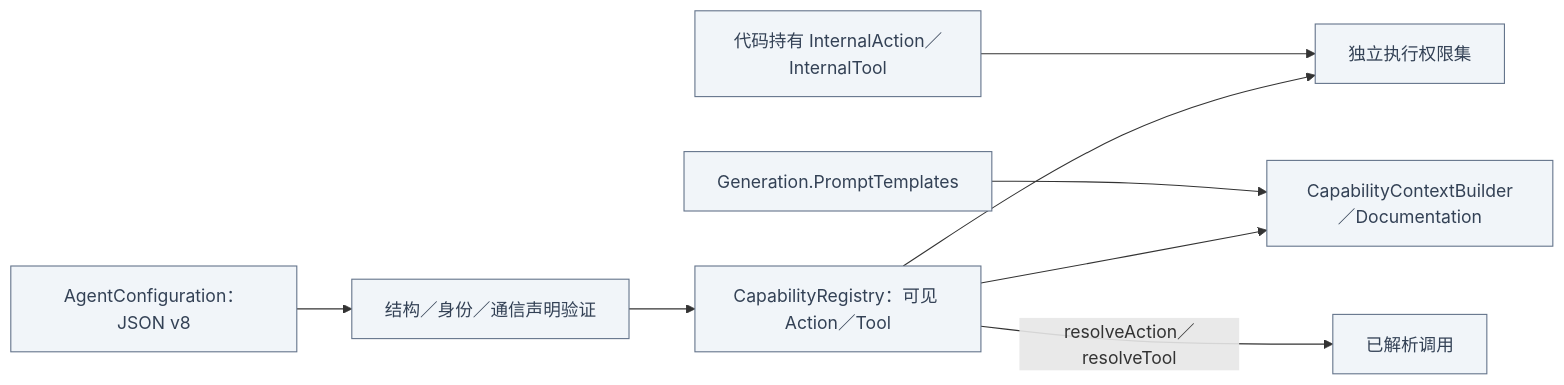
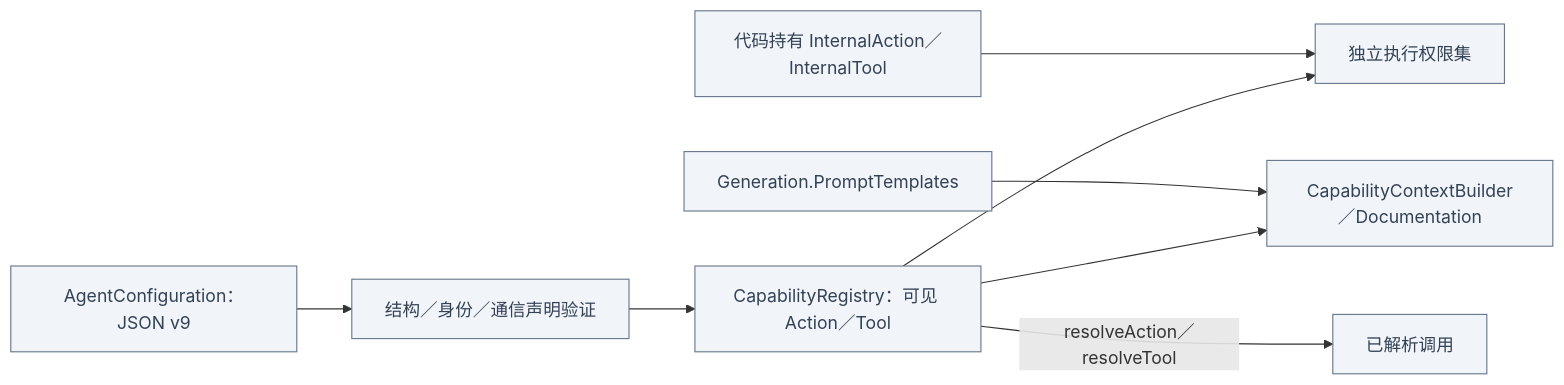
One commit to devilyouwei/MobileHarness changed the second of 2 diagrams in MobileHarness/Agents/Support/Core/Capability/README.md. Above: the diagram before and after it, drawn with Mermaid. The commit also changed other lines of this file and 246 other files, not shown here.

````diff
--- a/MobileHarness/Agents/Support/Core/Capability/README.md
+++ b/MobileHarness/Agents/Support/Core/Capability/README.md
@@ -39,23 +39,23 @@
 ```mermaid
 flowchart LR
- J["AgentConfiguration：JSON v8"]:::host
+ J["AgentConfiguration：JSON v9"]:::host
  V["结构／身份／通信声明验证"]:::host
  R["CapabilityRegistry：可见 Action／Tool"]:::host
  I["代码持有 InternalAction／InternalTool"]:::host
  P["独立执行权限集"]:::host
  B["CapabilityContextBuilder／Documentation"]:::host
  T["Generation.PromptTemplates"]:::host
  J --> V --> R --> B
  R --> P
  I --> P
  T --> B
  R -->|"resolveAction／resolveTool"| O["已解析调用"]:::host
  classDef ui fill:#e0f2fe,stroke:#0284c7,color:#0c4a6e
  classDef platform fill:#dcfce7,stroke:#16a34a,color:#14532d
  classDef model fill:#f3e8ff,stroke:#9333ea,color:#581c87
  classDef storage fill:#fef3c7,stroke:#d97706,color:#78350f
  classDef agent fill:#eef2ff,stroke:#6366f1,color:#312e81
  classDef gateway fill:#ffedd5,stroke:#ea580c,color:#7c2d12
  classDef action fill:#ffe4e6,stroke:#e11d48,color:#881337
  classDef host fill:#f1f5f9,stroke:#64748b,color:#334155
 ```
````
